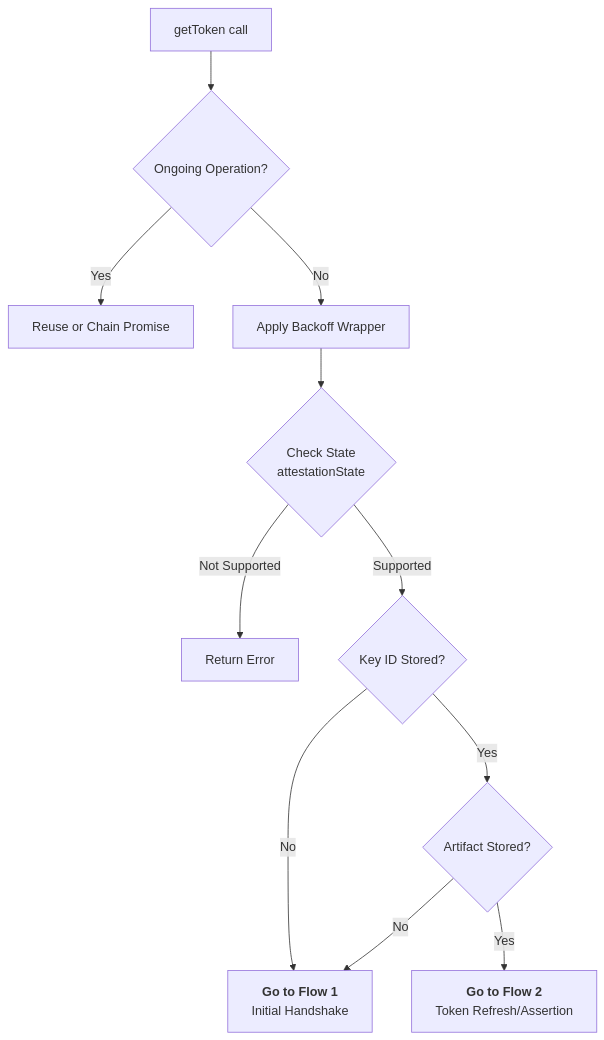
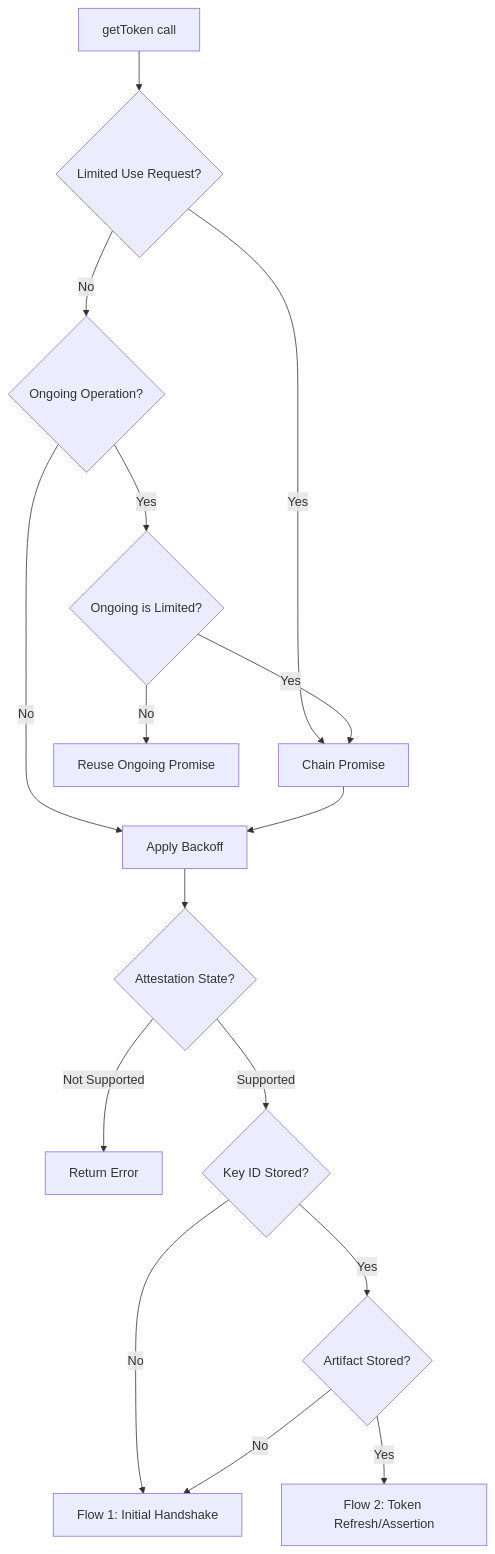
One commit to google/app-check changed the first of 5 diagrams in docs/providers.md. Above: the diagram before and after it, drawn with Mermaid. The commit also changed other lines of this file, not shown here.

````diff
--- a/docs/providers.md
+++ b/docs/providers.md
@@ -30,19 +36,27 @@
 ```mermaid
 flowchart TD
-    Start[getToken call] --> Coalesce{Ongoing Operation?}
+    Start[getToken call] --> CheckUse{Limited Use Request?}
     
-    Coalesce -- Yes --> Reuse[Reuse or Chain Promise]
-    Coalesce -- No --> Backoff[Apply Backoff Wrapper]
+    CheckUse -- Yes --> Chain[Chain Promise]
+    CheckUse -- No --> Coalesce{Ongoing Operation?}
     
-    Backoff --> StateCheck{Check State<br/>attestationState}
+    Coalesce -- No --> Backoff[Apply Backoff]
+    Coalesce -- Yes --> CheckOngoing{Ongoing is Limited?}
+    
+    CheckOngoing -- Yes --> Chain
+    CheckOngoing -- No --> Reuse[Reuse Ongoing Promise]
+    
+    Chain --> Backoff
+    
+    Backoff --> StateCheck{Attestation State?}
     
     StateCheck -->|Not Supported| Error[Return Error]
     
     StateCheck -->|Supported| KeyCheck{Key ID Stored?}
     
-    KeyCheck -- No --> Flow1[<b>Go to Flow 1</b><br/>Initial Handshake]
+    KeyCheck -- No --> Flow1[Flow 1: Initial Handshake]
     KeyCheck -- Yes --> ArtifactCheck{Artifact Stored?}
     
     ArtifactCheck -- No --> Flow1
-    ArtifactCheck -- Yes --> Flow2[<b>Go to Flow 2</b><br/>Token Refresh/Assertion]
+    ArtifactCheck -- Yes --> Flow2[Flow 2: Token Refresh/Assertion]
 ```
````
